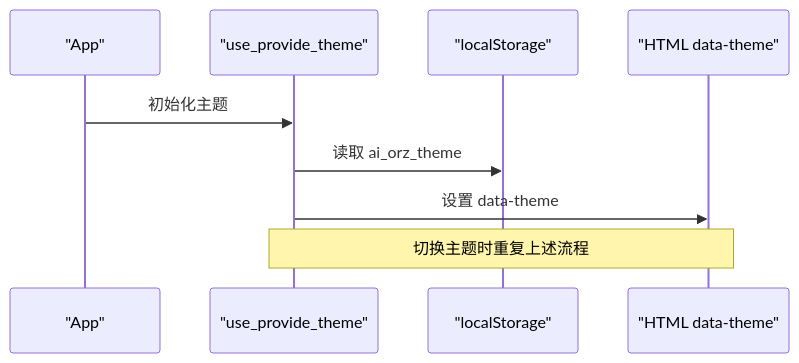
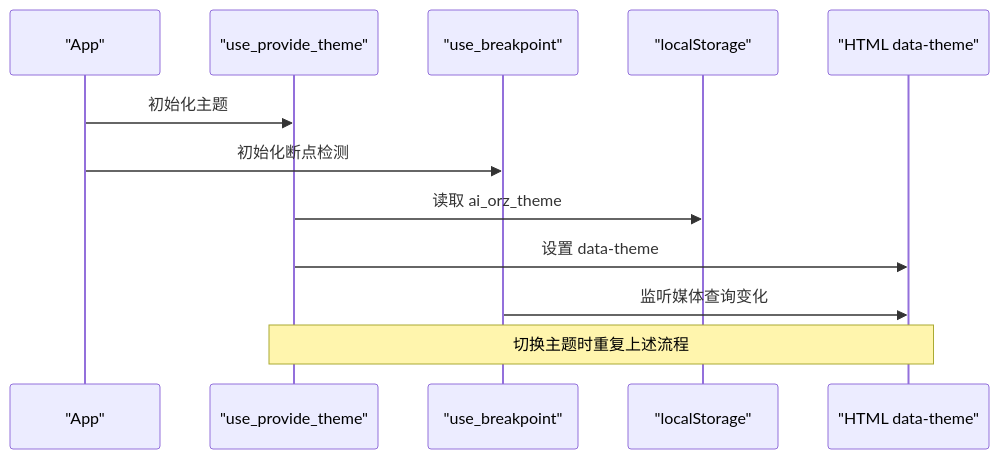
One commit to runningcoders/ai_orz changed the fifth of 11 diagrams in .qoder/repowiki/zh/content/前端应用/前端应用.md. Above: the diagram before and after it, drawn with Mermaid. The commit also changed other lines of this file and 133 other files, not shown here.

````diff
--- a/.qoder/repowiki/zh/content/前端应用/前端应用.md
+++ b/.qoder/repowiki/zh/content/前端应用/前端应用.md
@@ -197,11 +222,14 @@
 ```mermaid
 sequenceDiagram
 participant Root as "App"
 participant Hook as "use_provide_theme"
+participant BP as "use_breakpoint"
 participant LS as "localStorage"
 participant DOM as "HTML data-theme"
 Root->>Hook : 初始化主题
+Root->>BP : 初始化断点检测
 Hook->>LS : 读取 ai_orz_theme
 Hook->>DOM : 设置 data-theme
+BP->>DOM : 监听媒体查询变化
 Note over Hook,DOM : 切换主题时重复上述流程
 ```
````
